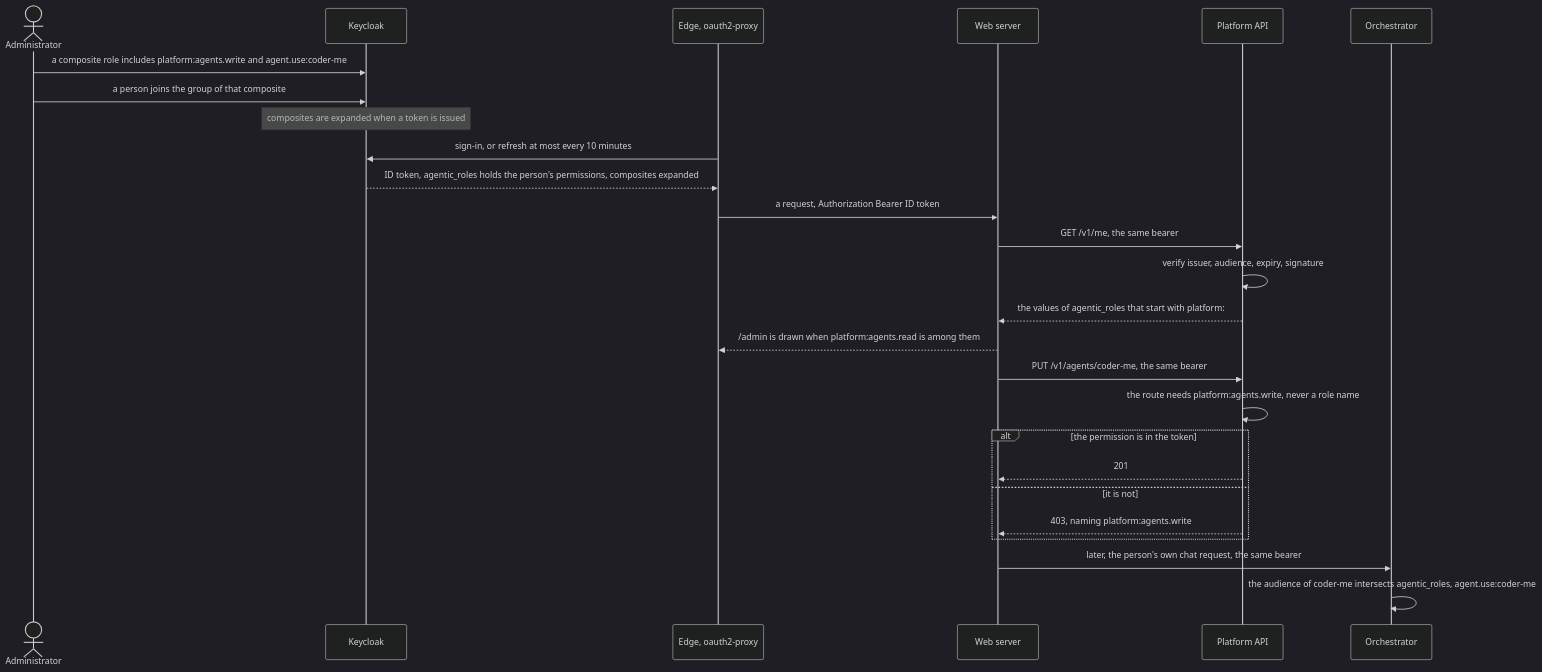
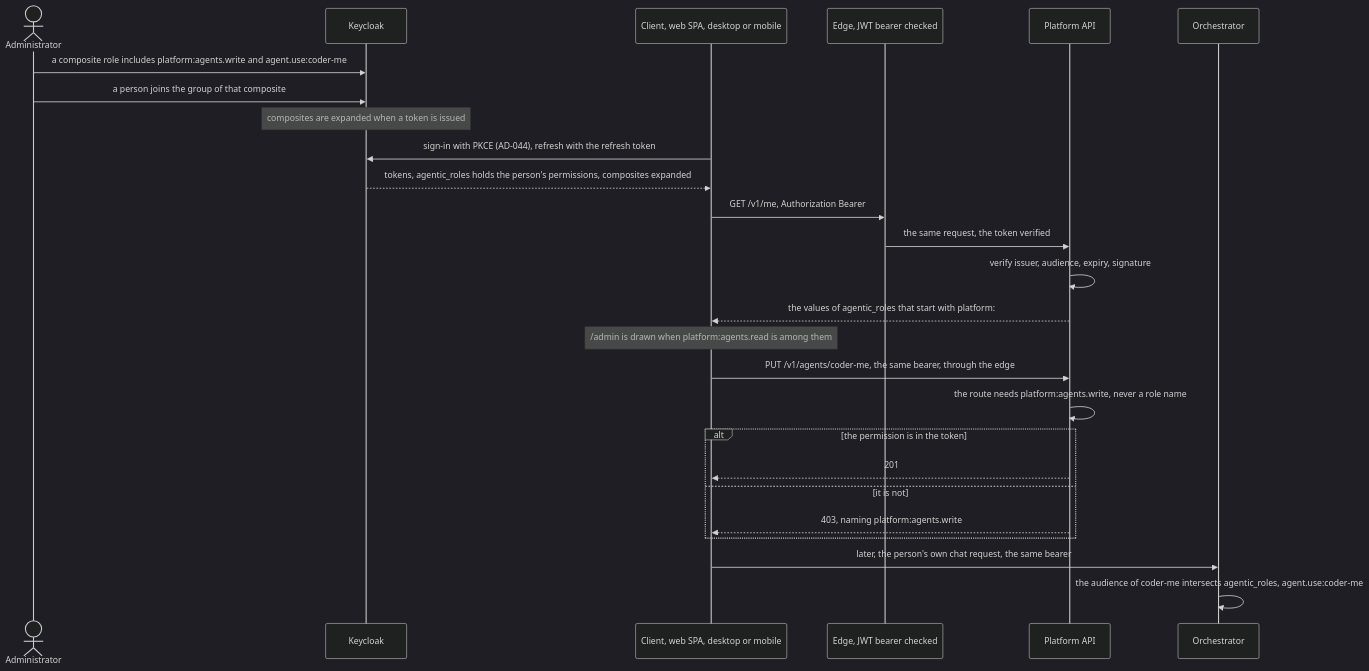
The ninth of 13 diagrams in docs/architecture/10-control-plane-and-crds.md (vymalo/another-agentic-platform), drawn with Mermaid (dark theme) before and after one commit. The commit also changed other lines of this file and 3 other files, not shown here.

First line of the commit message:
docs(architecture): containers in run environments, clients without a web server

````diff
--- a/docs/architecture/10-control-plane-and-crds.md
+++ b/docs/architecture/10-control-plane-and-crds.md
@@ -1298,29 +1381,29 @@
 ```mermaid
 sequenceDiagram
     actor A as Administrator
     participant K as Keycloak
-    participant E as Edge, oauth2-proxy
-    participant W as Web server
+    participant C as Client, web SPA, desktop or mobile
+    participant E as Edge, JWT bearer checked
     participant P as Platform API
     participant X as Orchestrator
 
     A->>K: a composite role includes platform:agents.write and agent.use:coder-me
     A->>K: a person joins the group of that composite
     Note over K: composites are expanded when a token is issued
-    E->>K: sign-in, or refresh at most every 10 minutes
-    K-->>E: ID token, agentic_roles holds the person's permissions, composites expanded
-    E->>W: a request, Authorization Bearer ID token
-    W->>P: GET /v1/me, the same bearer
+    C->>K: sign-in with PKCE (AD-044), refresh with the refresh token
+    K-->>C: tokens, agentic_roles holds the person's permissions, composites expanded
+    C->>E: GET /v1/me, Authorization Bearer
+    E->>P: the same request, the token verified
     P->>P: verify issuer, audience, expiry, signature
-    P-->>W: the values of agentic_roles that start with platform:
-    W-->>E: /admin is drawn when platform:agents.read is among them
-    W->>P: PUT /v1/agents/coder-me, the same bearer
+    P-->>C: the values of agentic_roles that start with platform:
+    Note over C: /admin is drawn when platform:agents.read is among them
+    C->>P: PUT /v1/agents/coder-me, the same bearer, through the edge
     P->>P: the route needs platform:agents.write, never a role name
     alt the permission is in the token
-        P-->>W: 201
+        P-->>C: 201
     else it is not
-        P-->>W: 403, naming platform:agents.write
+        P-->>C: 403, naming platform:agents.write
     end
-    W->>X: later, the person's own chat request, the same bearer
+    C->>X: later, the person's own chat request, the same bearer
     X->>X: the audience of coder-me intersects agentic_roles, agent.use:coder-me
 ```
````
